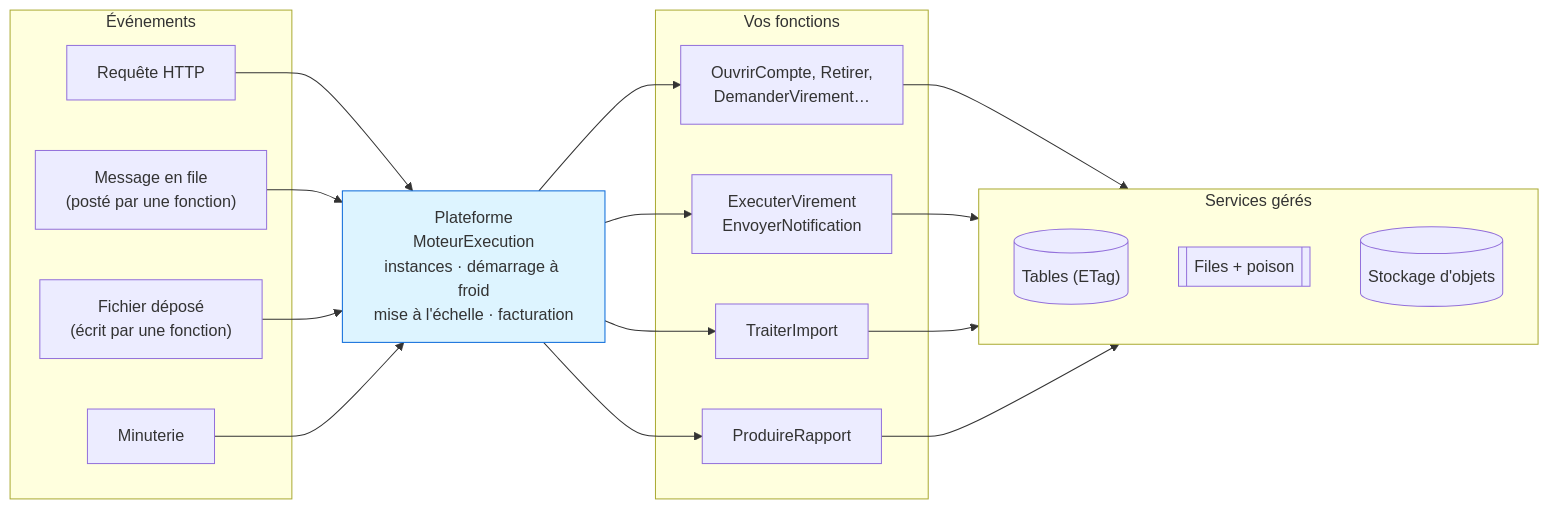
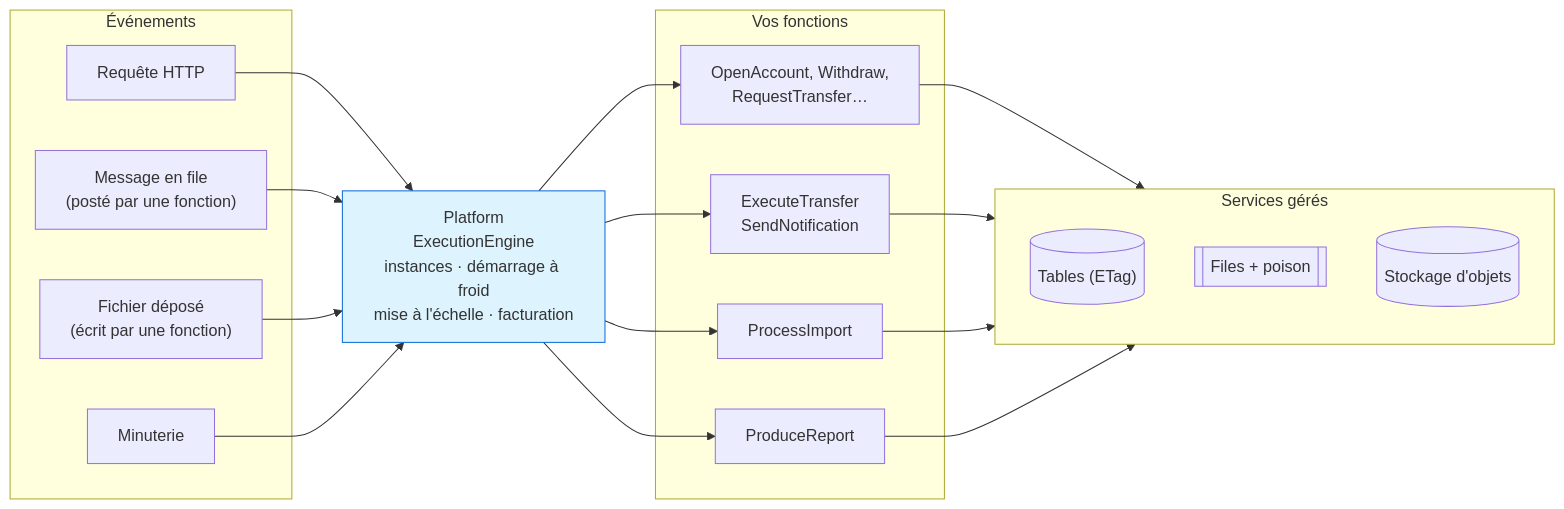
Before and after one commit to drangoht/ArchitecturesDemo: the first of 4 diagrams in Docs/12-serverless.md, drawn with Mermaid. The commit also changed other lines of this file and 70 other files, not shown here.

Commit message:
Docs FR : identifiants, liens, diagrammes et sorties alignés sur le code anglais

````diff
--- a/Docs/12-serverless.md
+++ b/Docs/12-serverless.md
@@ -19,30 +19,30 @@
 ```mermaid
 flowchart LR
     subgraph Evenements["Événements"]
         H["Requête HTTP"]
         F["Message en file<br/>(posté par une fonction)"]
         S["Fichier déposé<br/>(écrit par une fonction)"]
         M["Minuterie"]
     end
-    Mo["Plateforme<br/>MoteurExecution<br/>instances · démarrage à froid<br/>mise à l'échelle · facturation"]
+    Mo["Platform<br/>ExecutionEngine<br/>instances · démarrage à froid<br/>mise à l'échelle · facturation"]
     subgraph Fonctions["Vos fonctions"]
-        F1["OuvrirCompte, Retirer,<br/>DemanderVirement…"]
-        F2["ExecuterVirement<br/>EnvoyerNotification"]
-        F3["TraiterImport"]
-        F4["ProduireRapport"]
+        F1["OpenAccount, Withdraw,<br/>RequestTransfer…"]
+        F2["ExecuteTransfer<br/>SendNotification"]
+        F3["ProcessImport"]
+        F4["ProduceReport"]
     end
     subgraph Geres["Services gérés"]
         T[("Tables (ETag)")]
         Q[["Files + poison"]]
         B[("Stockage d'objets")]
     end
     H --> Mo
     F --> Mo
     S --> Mo
     M --> Mo
     Mo --> F1 & F2 & F3 & F4
     F1 & F2 & F3 & F4 --> Geres
 
     classDef plateforme fill:#ddf4ff,stroke:#0969da
     class Mo plateforme
 ```
````
